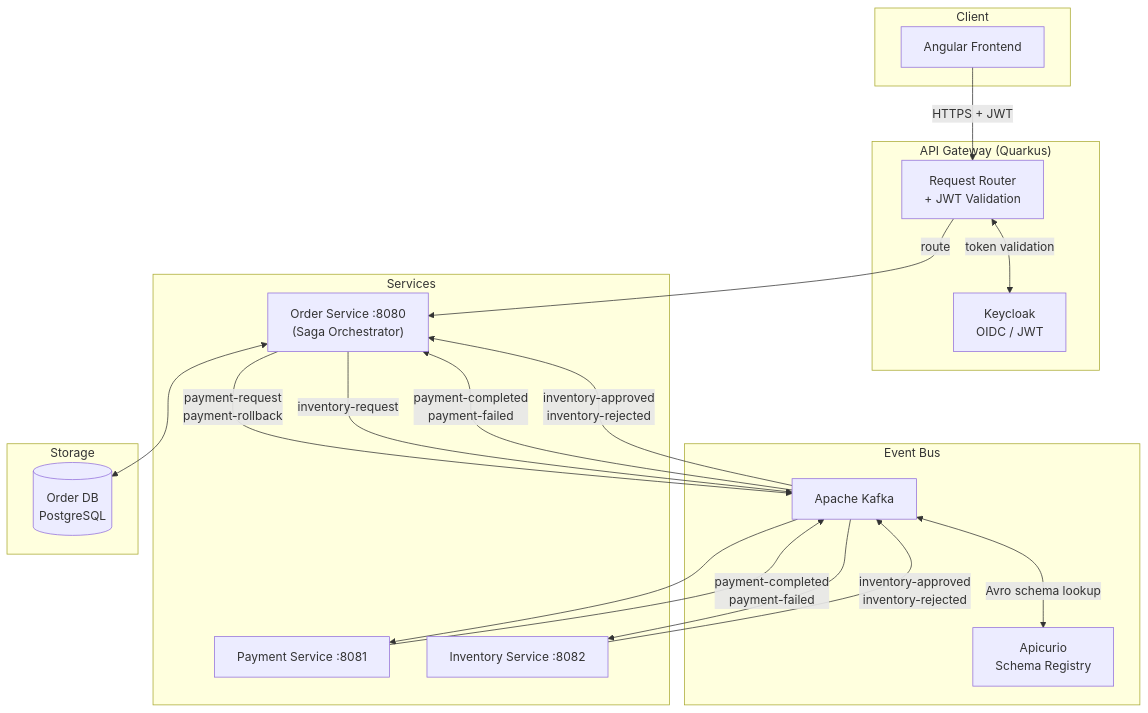
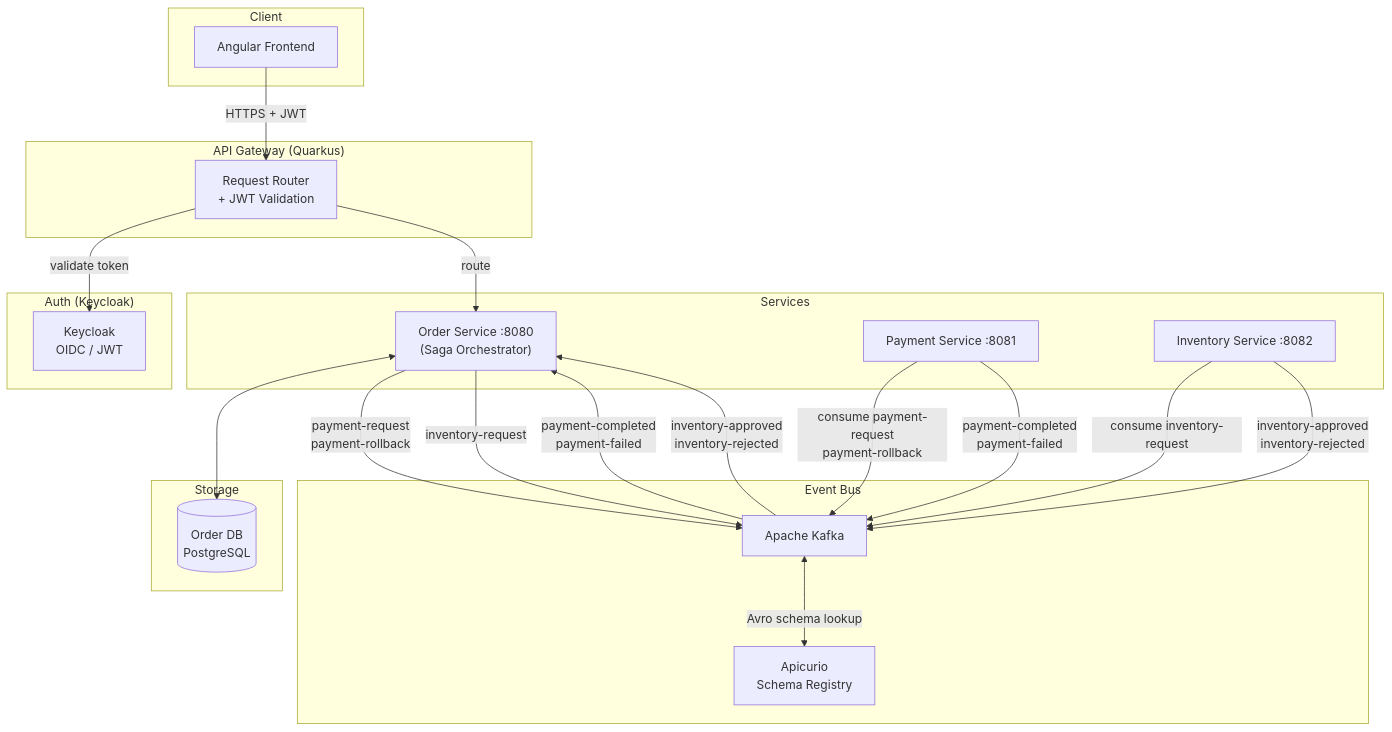
Before and after one commit to panryba/shopflow: the diagram in README.md, drawn with Mermaid.

Commit message:
Fix architecture diagram in README
- Replace \n with <br/> for reliable Mermaid rendering
- Move Keycloak to its own Auth subgraph (separate from Gateway)
- Fix Kafka arrow directions: services consume from Kafka, not the reverse

````diff
--- a/README.md
+++ b/README.md
@@ -11,44 +11,47 @@
 ```mermaid
 graph TB
     subgraph Client
         UI[Angular Frontend]
     end
 
+    subgraph Auth["Auth (Keycloak)"]
+        KC[Keycloak<br/>OIDC / JWT]
+    end
+
     subgraph Gateway["API Gateway (Quarkus)"]
-        GW[Request Router\n+ JWT Validation]
-        KC[Keycloak\nOIDC / JWT]
+        GW[Request Router<br/>+ JWT Validation]
     end
 
     subgraph Services
-        OS["Order Service :8080\n(Saga Orchestrator)"]
+        OS["Order Service :8080<br/>(Saga Orchestrator)"]
         PS[Payment Service :8081]
         IS[Inventory Service :8082]
     end
 
     subgraph Messaging["Event Bus"]
         K[Apache Kafka]
-        SR[Apicurio\nSchema Registry]
+        SR[Apicurio<br/>Schema Registry]
     end
 
     subgraph Storage
-        ODB[(Order DB\nPostgreSQL)]
+        ODB[(Order DB<br/>PostgreSQL)]
     end
 
     UI -->|HTTPS + JWT| GW
-    GW <-->|token validation| KC
+    GW -->|validate token| KC
     GW -->|route| OS
 
     OS <--> ODB
-    OS -->|payment-request\npayment-rollback| K
+    OS -->|payment-request<br/>payment-rollback| K
     OS -->|inventory-request| K
-    K -->|payment-completed\npayment-failed| OS
-    K -->|inventory-approved\ninventory-rejected| OS
+    K -->|payment-completed<br/>payment-failed| OS
+    K -->|inventory-approved<br/>inventory-rejected| OS
 
-    K --> PS
-    PS -->|payment-completed\npayment-failed| K
+    PS -->|consume payment-request<br/>payment-rollback| K
+    PS -->|payment-completed<br/>payment-failed| K
 
-    K --> IS
-    IS -->|inventory-approved\ninventory-rejected| K
+    IS -->|consume inventory-request| K
+    IS -->|inventory-approved<br/>inventory-rejected| K
 
     K <-->|Avro schema lookup| SR
 ```
````
